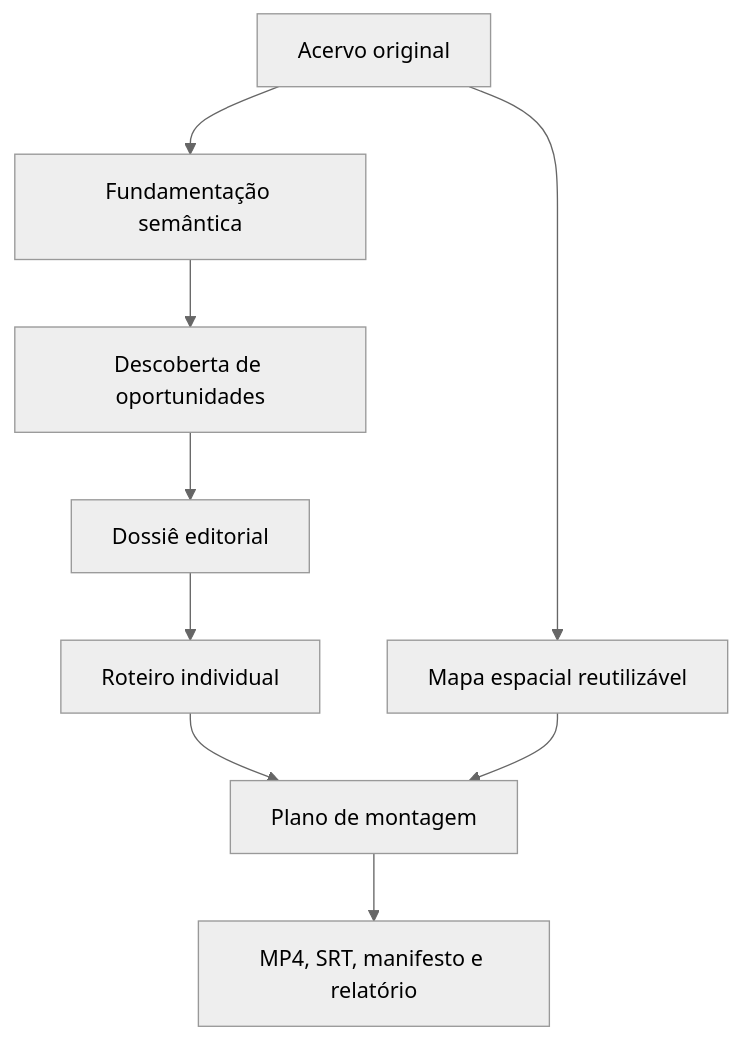
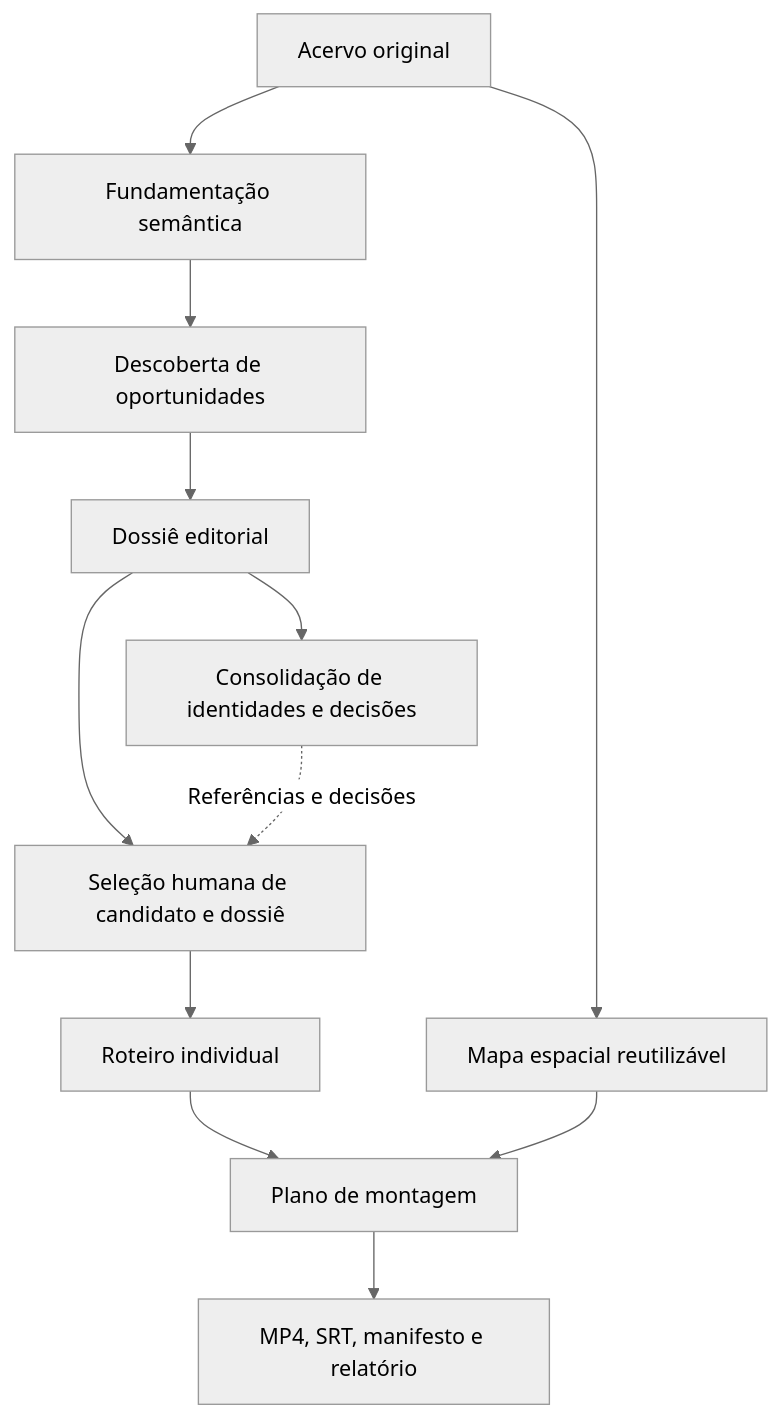
One commit to repiazza/Class_Material changed the diagram in README.md. Above: the diagram before and after it, drawn with Mermaid (neutral theme). The commit also changed other lines of this file and 3 other files, not shown here.

````diff
--- a/README.md
+++ b/README.md
@@ -9,11 +9,14 @@
 ```mermaid
 flowchart TD
     A[Acervo original] --> B[Fundamentação semântica]
     B --> C[Descoberta de oportunidades]
     C --> D[Dossiê editorial]
-    D --> E[Roteiro individual]
+    D --> I[Consolidação de identidades e decisões]
+    D --> J[Seleção humana de candidato e dossiê]
+    I -. Referências e decisões .-> J
+    J --> E[Roteiro individual]
     A --> F[Mapa espacial reutilizável]
     E --> G[Plano de montagem]
     F --> G
     G --> H[MP4, SRT, manifesto e relatório]
 ```
````
